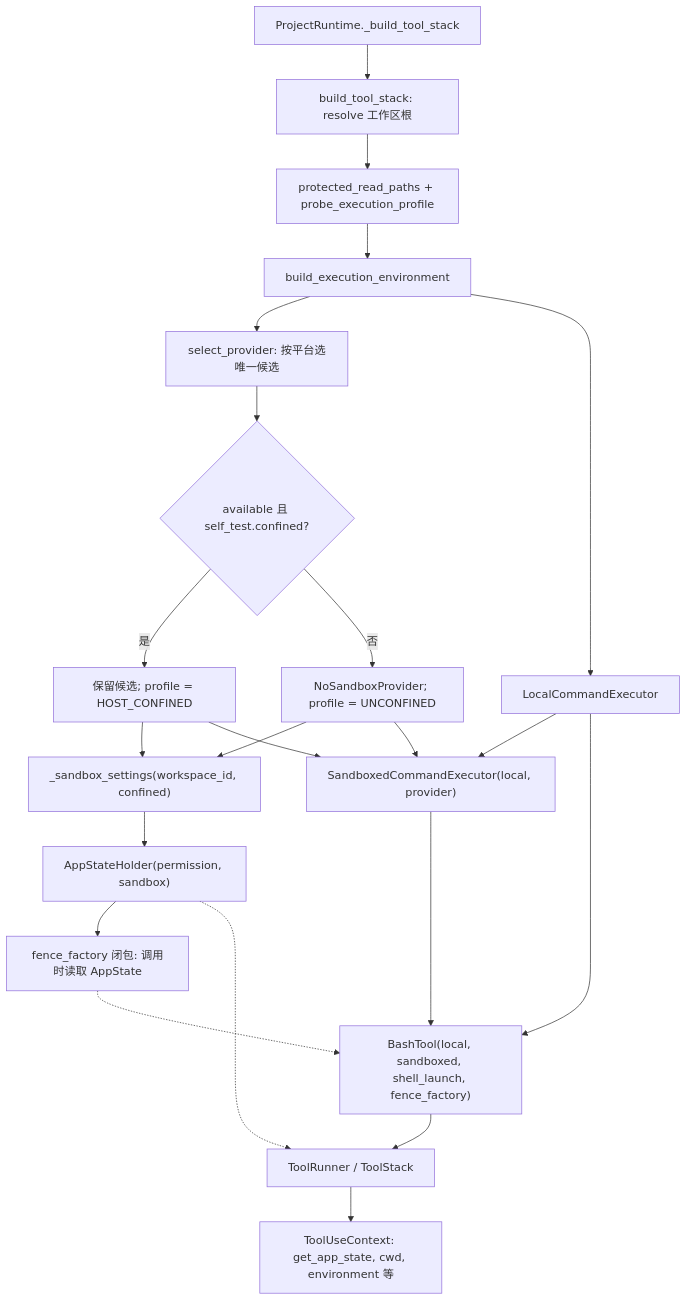
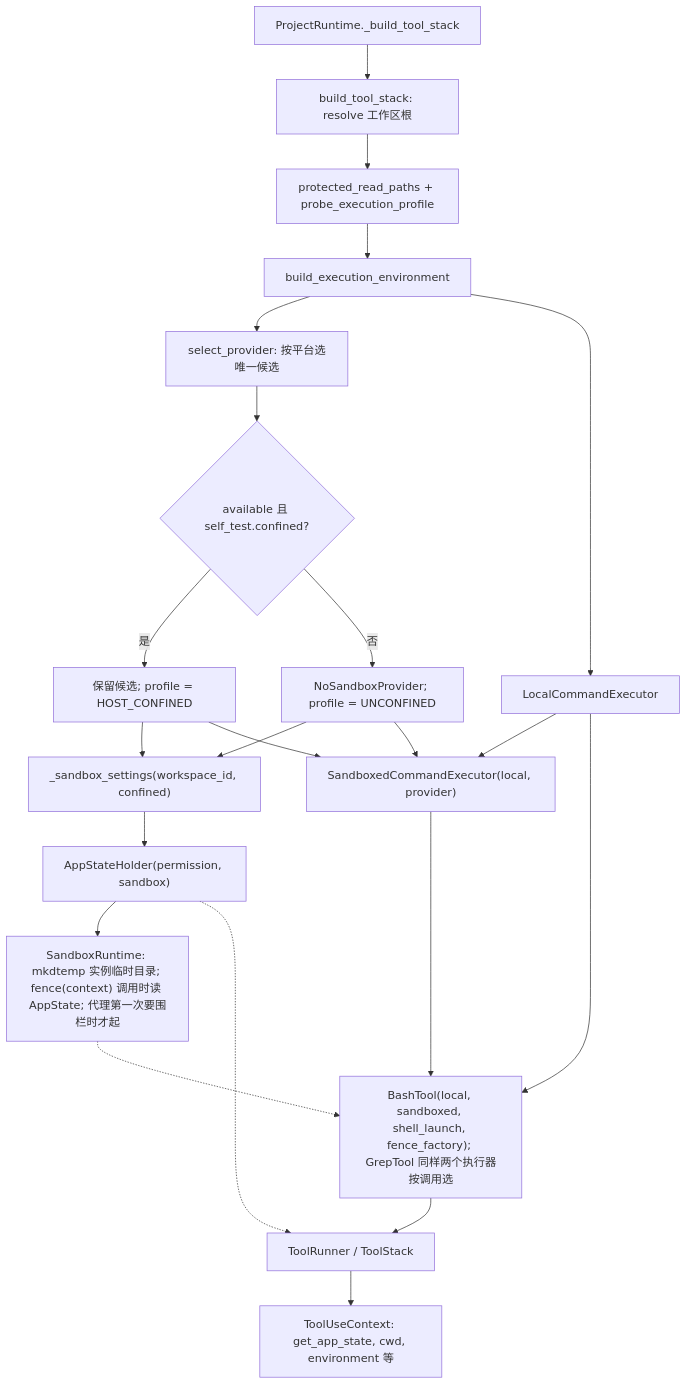
One commit to qubaolai/ForgeCLI changed diagram 52 of 53 in docs/06-代码阅读线路.md. Above: the diagram before and after it, drawn with Mermaid. The commit also changed other lines of this file and 54 other files, not shown here.

````diff
--- a/docs/06-代码阅读线路.md
+++ b/docs/06-代码阅读线路.md
@@ -2202,24 +2200,24 @@
 ```mermaid
 flowchart TD
     A["ProjectRuntime._build_tool_stack"] --> B["build_tool_stack: resolve 工作区根"]
     B --> C["protected_read_paths + probe_execution_profile"]
     C --> D["build_execution_environment"]
     D --> E["select_provider: 按平台选唯一候选"]
     E --> F{"available 且 self_test.confined?"}
     F -->|是| G["保留候选; profile = HOST_CONFINED"]
     F -->|否| H["NoSandboxProvider; profile = UNCONFINED"]
     G --> I["_sandbox_settings(workspace_id, confined)"]
     H --> I
     I --> J["AppStateHolder(permission, sandbox)"]
-    J --> K["fence_factory 闭包: 调用时读取 AppState"]
+    J --> K["SandboxRuntime: mkdtemp 实例临时目录; fence(context) 调用时读 AppState; 代理第一次要围栏时才起"]
     D --> L["LocalCommandExecutor"]
     G --> M["SandboxedCommandExecutor(local, provider)"]
     H --> M
     L --> M
-    K -.-> N["BashTool(local, sandboxed, shell_launch, fence_factory)"]
+    K -.-> N["BashTool(local, sandboxed, shell_launch, fence_factory); GrepTool 同样两个执行器按调用选"]
     L --> N
     M --> N
     N --> O["ToolRunner / ToolStack"]
     J -.-> O
     O --> P["ToolUseContext: get_app_state, cwd, environment 等"]
 ```
````
